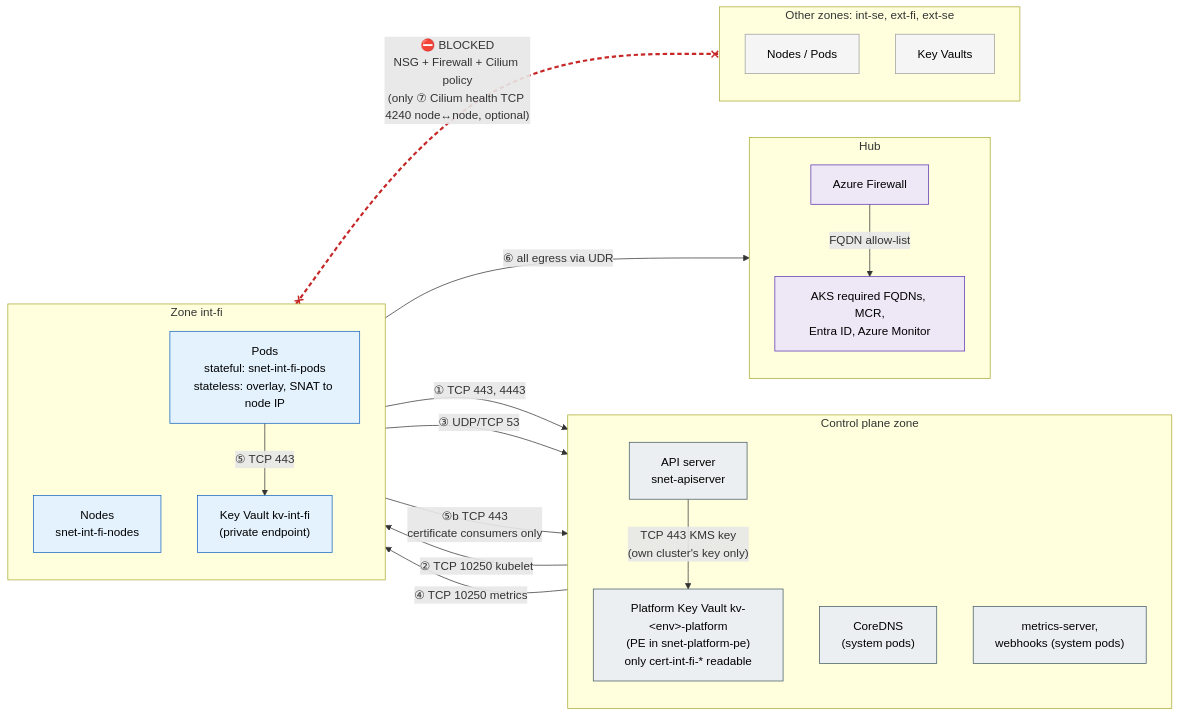
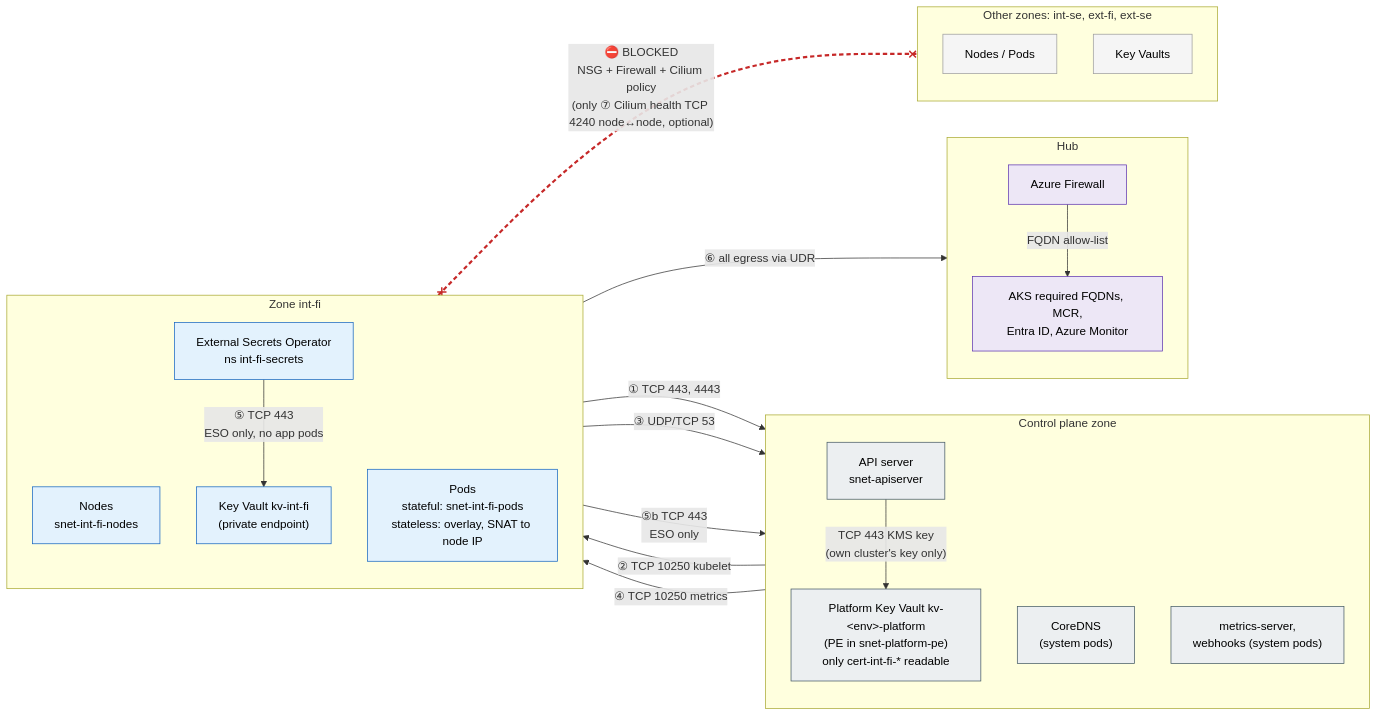
The diagram in diagrams/05-allowed-flows.mmd (olljanat-ai/aks-design), drawn with Mermaid before and after one commit. The commit also changed 21 other files, not shown here.

First line of the commit message:
Enforce External Secrets Operator, disable Secrets Store CSI driver

```diff
--- a/diagrams/05-allowed-flows.mmd
+++ b/diagrams/05-allowed-flows.mmd
@@ -1,51 +1,52 @@
 %% Mandatory flows (numbered) for one workload zone; everything else between zones is blocked.
 %% The same pattern repeats for every zone; only the zone's own Key Vault and Gateway differ.
 flowchart LR
     subgraph CP["Control plane zone"]
         direction TB
         api["API server<br/>snet-apiserver"]
         dns["CoreDNS<br/>(system pods)"]
         ms["metrics-server,<br/>webhooks (system pods)"]
         pkv["Platform Key Vault kv-&lt;env&gt;-platform<br/>(PE in snet-platform-pe)<br/>only cert-int-fi-* readable"]
     end
 
     subgraph Z["Zone int-fi"]
         direction TB
         n["Nodes<br/>snet-int-fi-nodes"]
         p["Pods<br/>stateful: snet-int-fi-pods<br/>stateless: overlay, SNAT to node IP"]
+        eso["External Secrets Operator<br/>ns int-fi-secrets"]
         kv["Key Vault kv-int-fi<br/>(private endpoint)"]
     end
 
     subgraph H["Hub"]
         direction TB
         fw["Azure Firewall"]
         azure["AKS required FQDNs, MCR,<br/>Entra ID, Azure Monitor"]
     end
 
     subgraph O["Other zones: int-se, ext-fi, ext-se"]
         direction TB
         on["Nodes / Pods"]
         okv["Key Vaults"]
     end
 
     n -->|"① TCP 443, 4443"| api
     api -->|"② TCP 10250 kubelet"| n
     p -->|"③ UDP/TCP 53"| dns
     ms -->|"④ TCP 10250 metrics"| n
-    p -->|"⑤ TCP 443"| kv
-    p -->|"⑤b TCP 443<br/>certificate consumers only"| pkv
+    eso -->|"⑤ TCP 443<br/>ESO only, no app pods"| kv
+    eso -->|"⑤b TCP 443<br/>ESO only"| pkv
     api -->|"TCP 443 KMS key<br/>(own cluster's key only)"| pkv
     Z -->|"⑥ all egress via UDR"| fw
     fw -->|"FQDN allow-list"| azure
     Z x-.-x|"⛔ BLOCKED<br/>NSG + Firewall + Cilium policy<br/>(only ⑦ Cilium health TCP 4240 node↔node, optional)"| O
 
     linkStyle 9 stroke:#c62828,stroke-width:3px,stroke-dasharray:6 4
 
     classDef cp fill:#eceff1,stroke:#455a64,color:#000
     classDef int fill:#e3f2fd,stroke:#1565c0,color:#000
     classDef other fill:#f5f5f5,stroke:#9e9e9e,color:#000
     classDef hub fill:#ede7f6,stroke:#5e35b1,color:#000
     class api,dns,ms,pkv cp
-    class n,p,kv int
+    class n,p,eso,kv int
     class on,okv other
     class fw,azure hub
```
